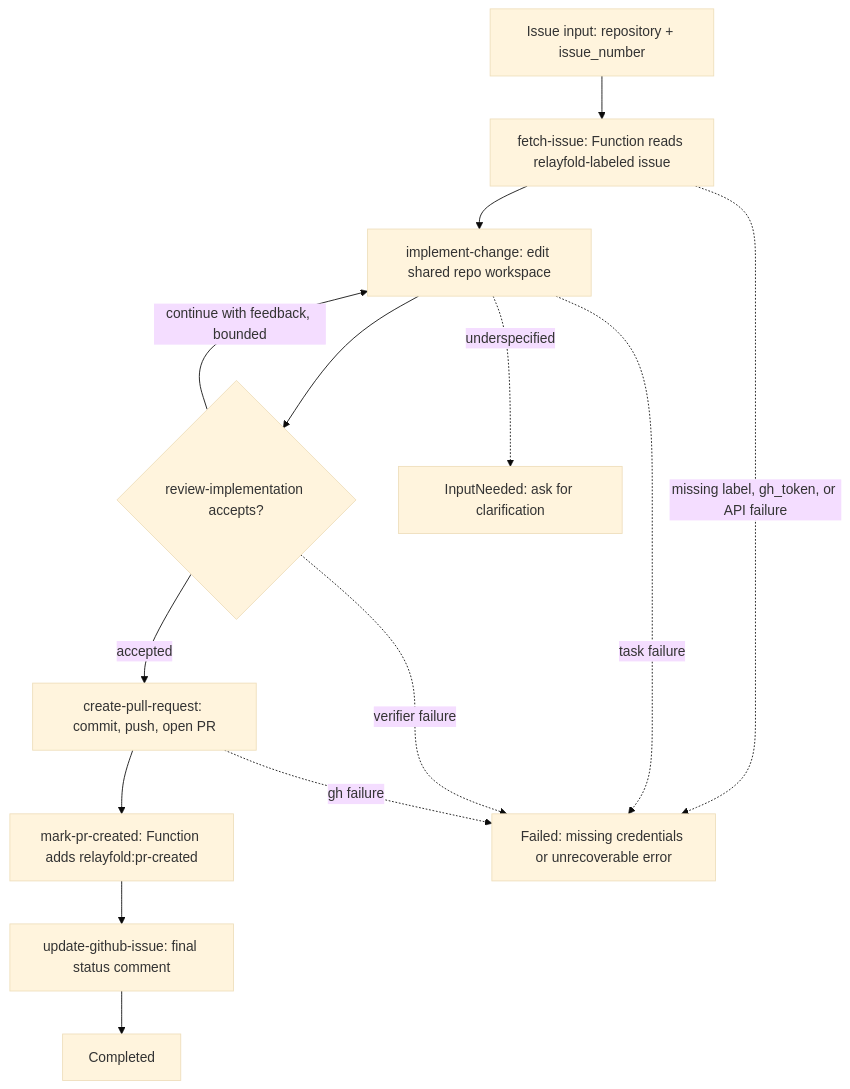
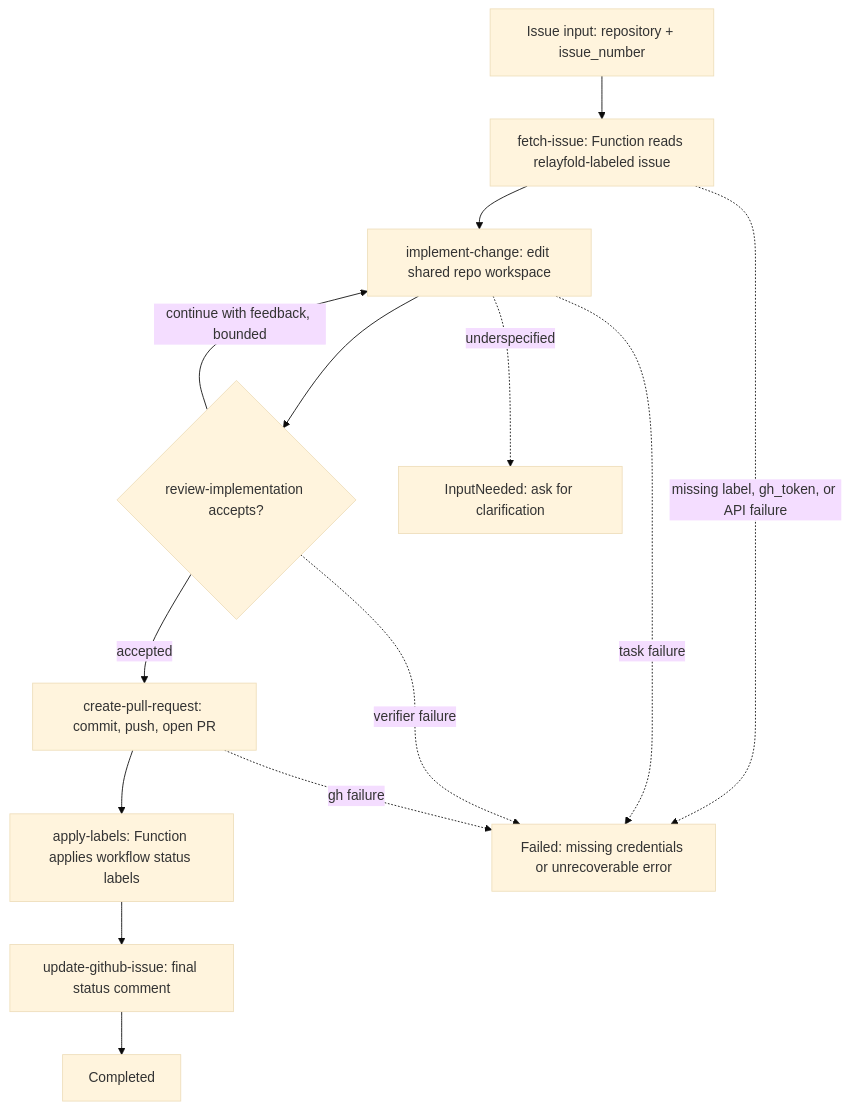
One commit to parsablelabs/relayfold changed the diagram in website/src/content/docs/docs/examples/github-issue-pr-workflow.md. Above: the diagram before and after it, drawn with Mermaid (base theme). The commit also changed other lines of this file and 17 other files, not shown here.

```diff
--- a/website/src/content/docs/docs/examples/github-issue-pr-workflow.md
+++ b/website/src/content/docs/docs/examples/github-issue-pr-workflow.md
@@ -47,26 +47,26 @@
 <pre class="mermaid">
 flowchart TD
     Input["Issue input: repository + issue_number"]
     Fetch["fetch-issue: Function reads relayfold-labeled issue"]
     Implement["implement-change: edit shared repo workspace"]
     Review{"review-implementation accepts?"}
     PR["create-pull-request: commit, push, open PR"]
-    Mark["mark-pr-created: Function adds relayfold:pr-created"]
+    Mark["apply-labels: Function applies workflow status labels"]
     Comment["update-github-issue: final status comment"]
     Done["Completed"]
     Clarify["InputNeeded: ask for clarification"]
     Failed["Failed: missing credentials or unrecoverable error"]
     Input --> Fetch
     Fetch --> Implement
     Implement --> Review
     Review -->|continue with feedback, bounded| Implement
     Review -->|accepted| PR
     PR --> Mark
     Mark --> Comment
     Comment --> Done
     Implement -. underspecified .-> Clarify
     Fetch -. missing label, gh_token, or API failure .-> Failed
     Implement -. task failure .-> Failed
     Review -. verifier failure .-> Failed
     PR -. gh failure .-> Failed
 </pre>
```
